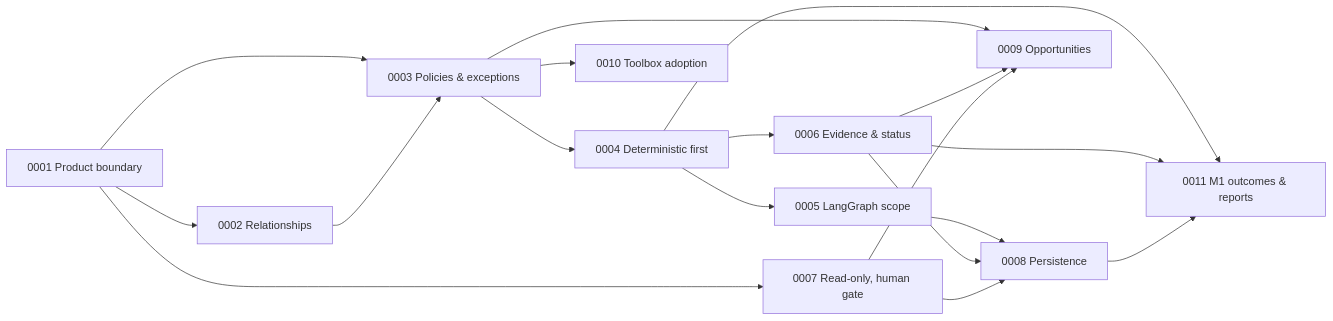
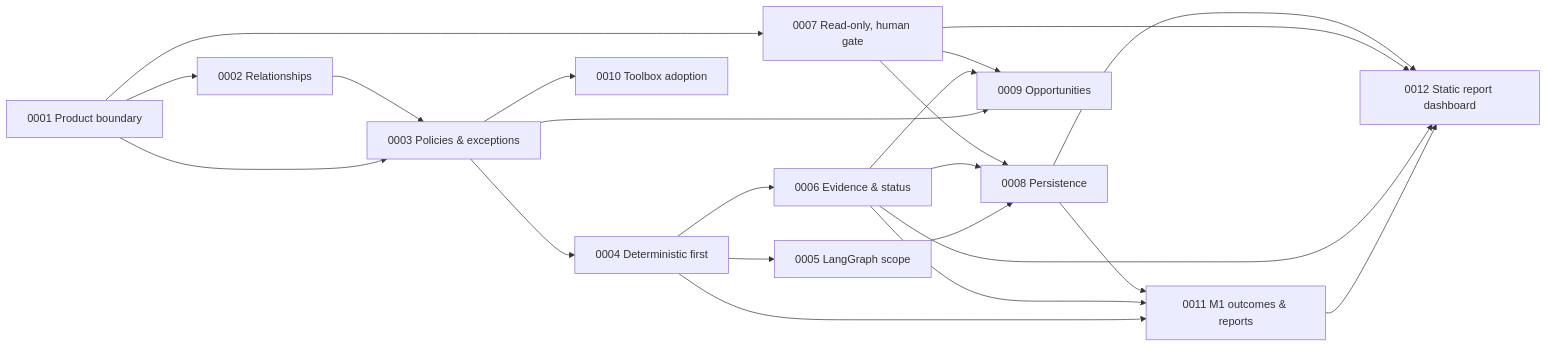
One commit to koydas/repo-orchestrator changed the diagram in docs/adr/README.md. Above: the diagram before and after it, drawn with Mermaid. The commit also changed other lines of this file and 13 other files, not shown here.

First line of the commit message:
Add a static, read-only report dashboard (ADR-0012) (#6)

````diff
--- a/docs/adr/README.md
+++ b/docs/adr/README.md
@@ -25,20 +26,24 @@
 ```mermaid
 flowchart LR
     A1["0001 Product boundary"] --> A2["0002 Relationships"]
     A1 --> A3["0003 Policies & exceptions"]
     A2 --> A3
     A3 --> A4["0004 Deterministic first"]
     A4 --> A5["0005 LangGraph scope"]
     A4 --> A6["0006 Evidence & status"]
     A1 --> A7["0007 Read-only, human gate"]
     A5 --> A8["0008 Persistence"]
     A6 --> A8
     A7 --> A8
     A3 --> A9["0009 Opportunities"]
     A6 --> A9
     A7 --> A9
     A3 --> A10["0010 Toolbox adoption"]
     A4 --> A11["0011 M1 outcomes & reports"]
     A6 --> A11
     A8 --> A11
+    A11 --> A12["0012 Static report dashboard"]
+    A6 --> A12
+    A7 --> A12
+    A8 --> A12
 ```
````
